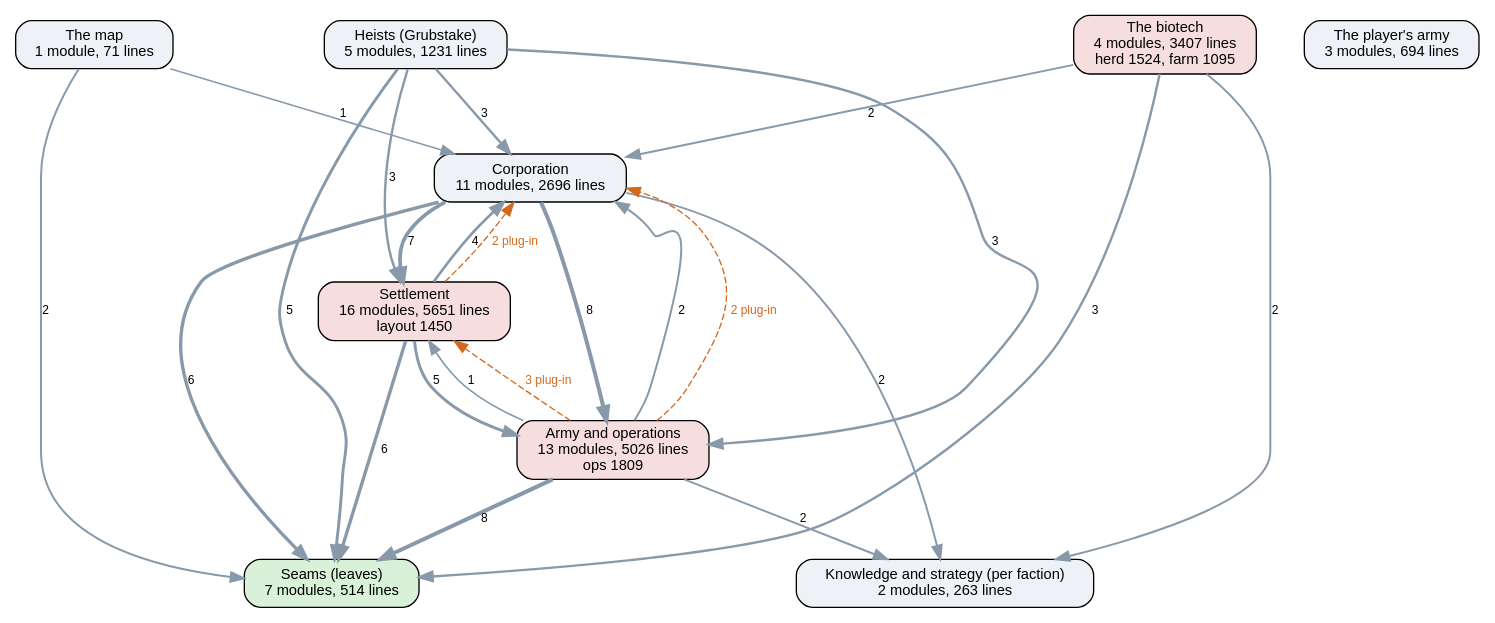
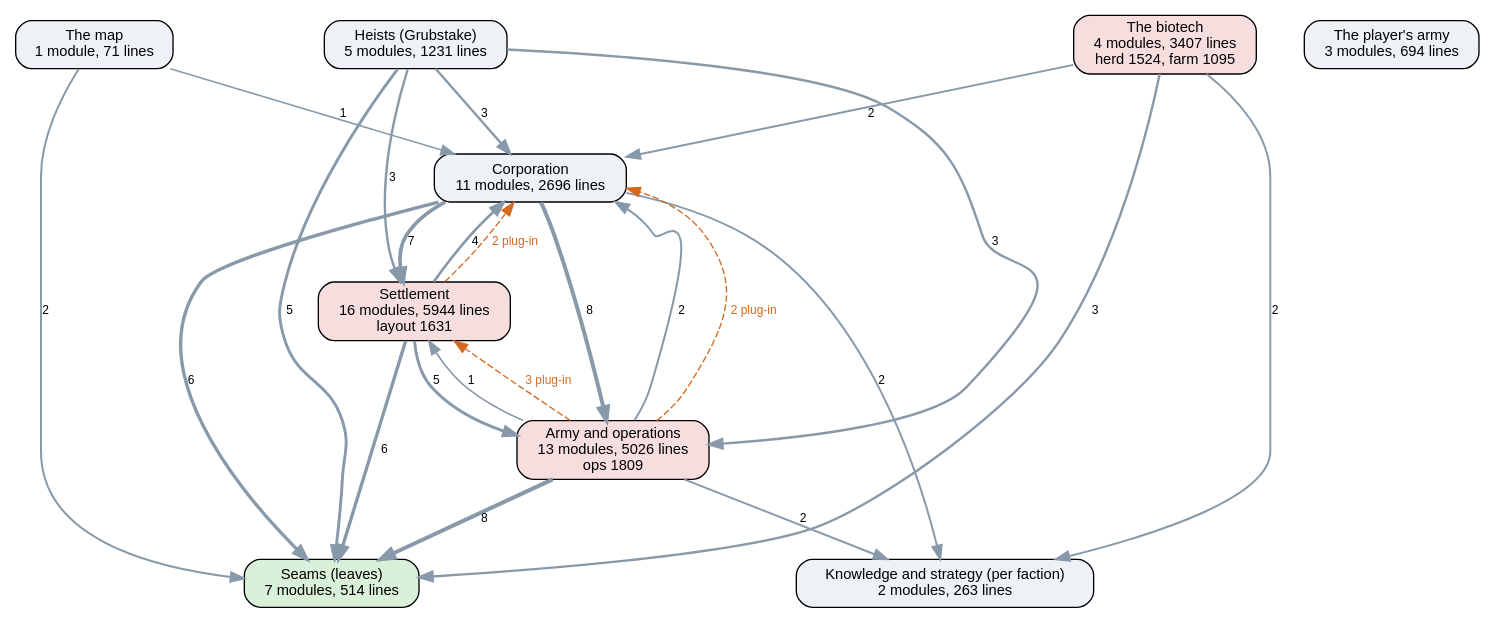
Before and after one commit to kinelhu/landing-party: the diagram in docs/ai-layers.dot, drawn with Graphviz. The commit also changed 19 other files, not shown here.

```diff
--- a/docs/ai-layers.dot
+++ b/docs/ai-layers.dot
@@ -1,37 +1,37 @@
 digraph layers {
   graph [rankdir=TB, fontname="Helvetica", nodesep=0.5, ranksep=0.7];
   node [shape=box, style="rounded,filled", fontname="Helvetica", fontsize=11, fillcolor="#eef2f7"];
   edge [color="#8899aa", fontname="Helvetica", fontsize=9];
   "Seams (leaves)" [label="Seams (leaves)\n7 modules, 514 lines", fillcolor="#d9f0d9"];
   "Knowledge and strategy (per faction)" [label="Knowledge and strategy (per faction)\n2 modules, 263 lines", fillcolor="#eef2f7"];
   "Corporation" [label="Corporation\n11 modules, 2696 lines", fillcolor="#eef2f7"];
-  "Settlement" [label="Settlement\n16 modules, 5651 lines\nlayout 1450", fillcolor="#f7dede"];
+  "Settlement" [label="Settlement\n16 modules, 5944 lines\nlayout 1631", fillcolor="#f7dede"];
   "Army and operations" [label="Army and operations\n13 modules, 5026 lines\nops 1809", fillcolor="#f7dede"];
   "Heists (Grubstake)" [label="Heists (Grubstake)\n5 modules, 1231 lines", fillcolor="#eef2f7"];
   "The biotech" [label="The biotech\n4 modules, 3407 lines\nherd 1524, farm 1095", fillcolor="#f7dede"];
   "The map" [label="The map\n1 module, 71 lines", fillcolor="#eef2f7"];
   "The player's army" [label="The player's army\n3 modules, 694 lines", fillcolor="#eef2f7"];
   "Army and operations" -> "Corporation" [label="2", penwidth=1.5];
   "Army and operations" -> "Knowledge and strategy (per faction)" [label="2", penwidth=1.5];
   "Army and operations" -> "Seams (leaves)" [label="8", penwidth=3.0];
   "Army and operations" -> "Settlement" [label="1", penwidth=1.2];
   "Corporation" -> "Army and operations" [label="8", penwidth=3.0];
   "Corporation" -> "Knowledge and strategy (per faction)" [label="2", penwidth=1.5];
   "Corporation" -> "Seams (leaves)" [label="6", penwidth=2.5];
   "Corporation" -> "Settlement" [label="7", penwidth=2.8];
   "Heists (Grubstake)" -> "Army and operations" [label="3", penwidth=1.8];
   "Heists (Grubstake)" -> "Corporation" [label="3", penwidth=1.8];
   "Heists (Grubstake)" -> "Seams (leaves)" [label="5", penwidth=2.2];
   "Heists (Grubstake)" -> "Settlement" [label="3", penwidth=1.8];
   "Settlement" -> "Army and operations" [label="5", penwidth=2.2];
   "Settlement" -> "Corporation" [label="4", penwidth=2.0];
   "Settlement" -> "Seams (leaves)" [label="6", penwidth=2.5];
   "The biotech" -> "Corporation" [label="2", penwidth=1.5];
   "The biotech" -> "Knowledge and strategy (per faction)" [label="2", penwidth=1.5];
   "The biotech" -> "Seams (leaves)" [label="3", penwidth=1.8];
   "The map" -> "Corporation" [label="1", penwidth=1.2];
   "The map" -> "Seams (leaves)" [label="2", penwidth=1.5];
   "Army and operations" -> "Corporation" [style=dashed, color="#d2691e", fontcolor="#d2691e", label="2 plug-in"];
   "Army and operations" -> "Settlement" [style=dashed, color="#d2691e", fontcolor="#d2691e", label="3 plug-in"];
   "Settlement" -> "Corporation" [style=dashed, color="#d2691e", fontcolor="#d2691e", label="2 plug-in"];
 }
```
